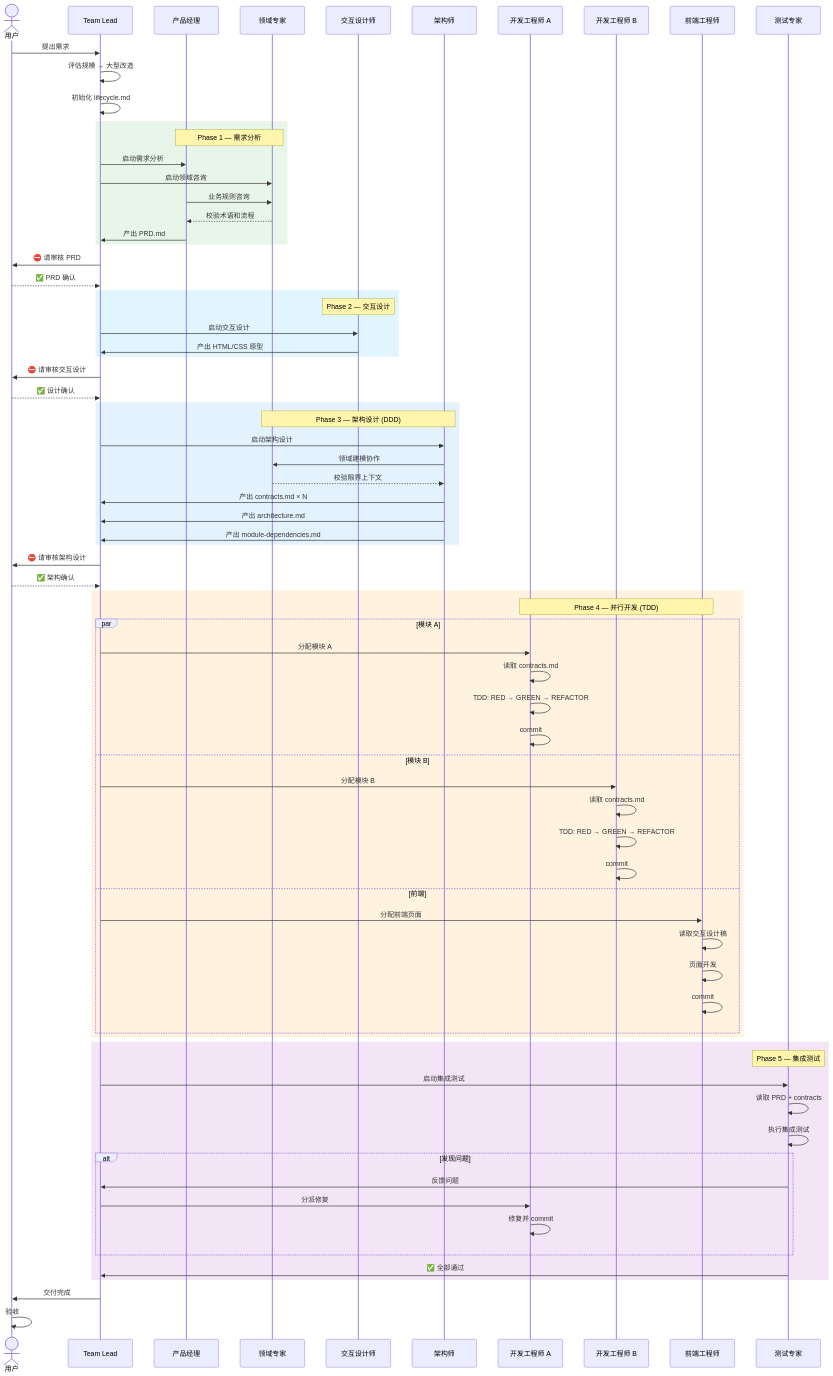
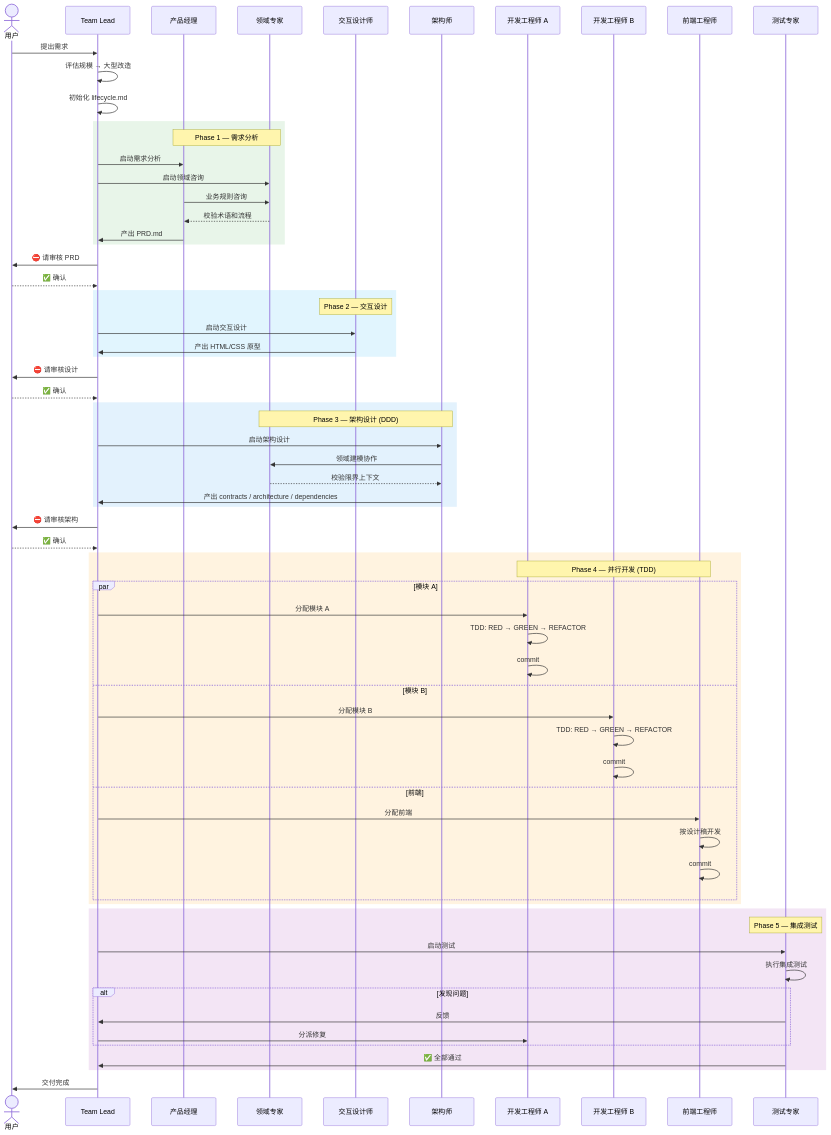
Before and after one commit to strommmm/storms-claude-configuration: diagram 11 of 13 in docs/design-philosophy.md, drawn with Mermaid. The commit also changed other lines of this file, not shown here.

````diff
--- a/docs/design-philosophy.md
+++ b/docs/design-philosophy.md
@@ -484,7 +395,7 @@
     end
 
     L->>U: ⛔ 请审核 PRD
-    U-->>L: ✅ PRD 确认
+    U-->>L: ✅ 确认
 
     rect rgb(225, 245, 254)
         Note over ID: Phase 2 — 交互设计
@@ -492,55 +403,47 @@
         ID->>L: 产出 HTML/CSS 原型
     end
 
-    L->>U: ⛔ 请审核交互设计
-    U-->>L: ✅ 设计确认
+    L->>U: ⛔ 请审核设计
+    U-->>L: ✅ 确认
 
     rect rgb(227, 242, 253)
         Note over AR,DE: Phase 3 — 架构设计 (DDD)
         L->>AR: 启动架构设计
         AR->>DE: 领域建模协作
         DE-->>AR: 校验限界上下文
-        AR->>L: 产出 contracts.md × N
-        AR->>L: 产出 architecture.md
-        AR->>L: 产出 module-dependencies.md
+        AR->>L: 产出 contracts / architecture / dependencies
     end
 
-    L->>U: ⛔ 请审核架构设计
-    U-->>L: ✅ 架构确认
+    L->>U: ⛔ 请审核架构
+    U-->>L: ✅ 确认
 
     rect rgb(255, 243, 224)
         Note over D1,FE: Phase 4 — 并行开发 (TDD)
         par 模块 A
             L->>D1: 分配模块 A
-            D1->>D1: 读取 contracts.md
             D1->>D1: TDD: RED → GREEN → REFACTOR
             D1->>D1: commit
         and 模块 B
             L->>D2: 分配模块 B
-            D2->>D2: 读取 contracts.md
             D2->>D2: TDD: RED → GREEN → REFACTOR
             D2->>D2: commit
         and 前端
-            L->>FE: 分配前端页面
-            FE->>FE: 读取交互设计稿
-            FE->>FE: 页面开发
+            L->>FE: 分配前端
+            FE->>FE: 按设计稿开发
             FE->>FE: commit
         end
     end
 
     rect rgb(243, 229, 245)
         Note over QA: Phase 5 — 集成测试
-        L->>QA: 启动集成测试
-        QA->>QA: 读取 PRD + contracts
+        L->>QA: 启动测试
         QA->>QA: 执行集成测试
         alt 发现问题
-            QA->>L: 反馈问题
+            QA->>L: 反馈
             L->>D1: 分派修复
-            D1->>D1: 修复并 commit
         end
         QA->>L: ✅ 全部通过
     end
 
     L->>U: 交付完成
-    U->>U: 验收
 ```
````
